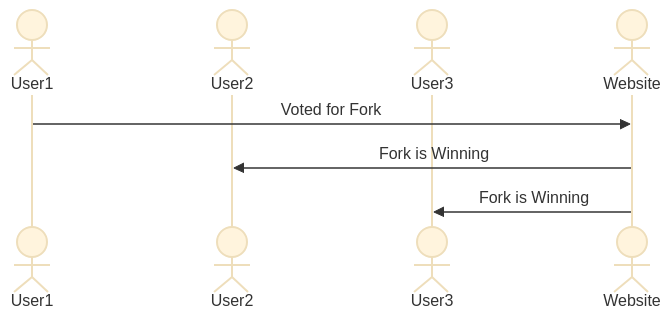
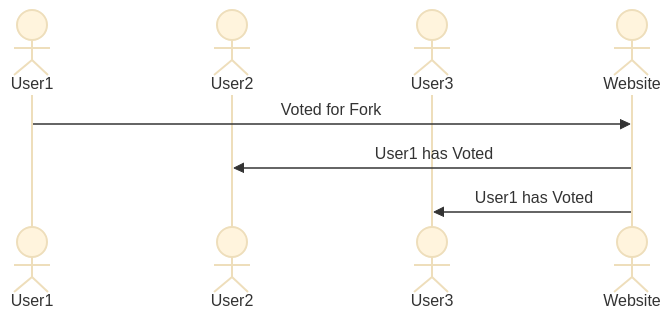
Before and after one commit to SpencerG-BYU/startup: the diagram in README.md, drawn with Mermaid (base theme). The commit also changed other lines of this file, not shown here.

````diff
--- a/README.md
+++ b/README.md
@@ -34,10 +34,10 @@
 ```mermaid
 sequenceDiagram
     actor User1
     actor User2
     actor User3
     actor Website
     User1->>Website: Voted for Fork
-    Website->>User2: Fork is Winning
-    Website->>User3: Fork is Winning
+    Website->>User2: User1 has Voted
+    Website->>User3: User1 has Voted
 ```
````
